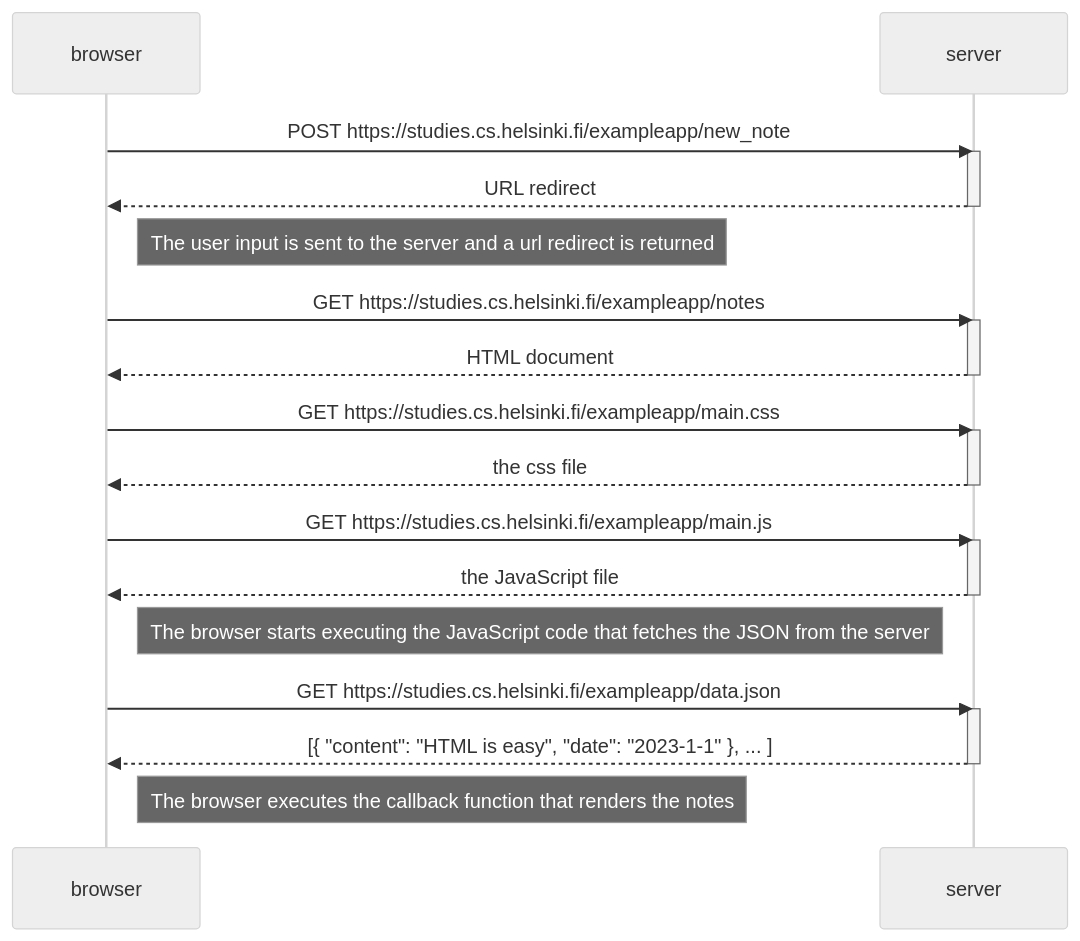
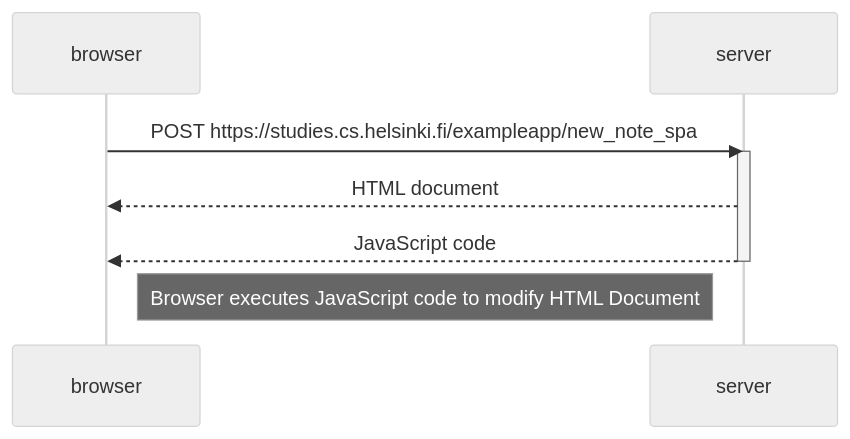
The diagram in newNoteDiagram.mermaid (DavidHWagnon/full-stack-open), drawn with Mermaid (neutral theme) before and after one commit. The commit also changed 1 other file, not shown here.

```diff
--- a/newNoteDiagram.mermaid
+++ b/newNoteDiagram.mermaid
@@ -1,35 +1,12 @@
 sequenceDiagram
   participant browser
   participant server
 
-  browser->>server: POST https://studies.cs.helsinki.fi/exampleapp/new_note
+
+  browser->>server: POST https://studies.cs.helsinki.fi/exampleapp/new_note_spa
   activate server
-  server-->>browser: URL redirect
+  server-->>browser: HTML document
+  server-->>browser: JavaScript code
   deactivate server
 
-  Note right of browser: The user input is sent to the server and a url redirect is returned
-
-
-  browser->>server: GET https://studies.cs.helsinki.fi/exampleapp/notes
-  activate server
-  server-->>browser: HTML document
-  deactivate server
-
-  browser->>server: GET https://studies.cs.helsinki.fi/exampleapp/main.css
-  activate server
-  server-->>browser: the css file
-  deactivate server
-
-  browser->>server: GET https://studies.cs.helsinki.fi/exampleapp/main.js
-  activate server
-  server-->>browser: the JavaScript file
-  deactivate server
-
-  Note right of browser: The browser starts executing the JavaScript code that fetches the JSON from the server
-
-  browser->>server: GET https://studies.cs.helsinki.fi/exampleapp/data.json
-  activate server
-  server-->>browser: [{ "content": "HTML is easy", "date": "2023-1-1" }, ... ]
-  deactivate server
-
-  Note right of browser: The browser executes the callback function that renders the notes
+Note right of browser: Browser executes JavaScript code to modify HTML Document
```
